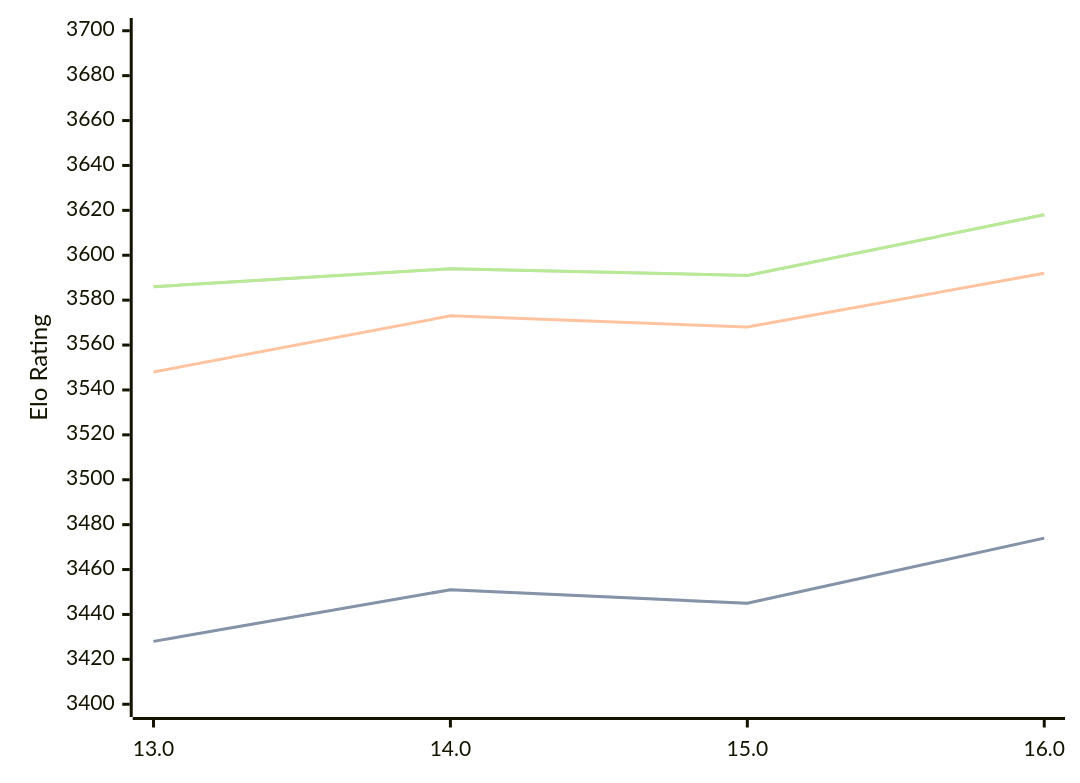
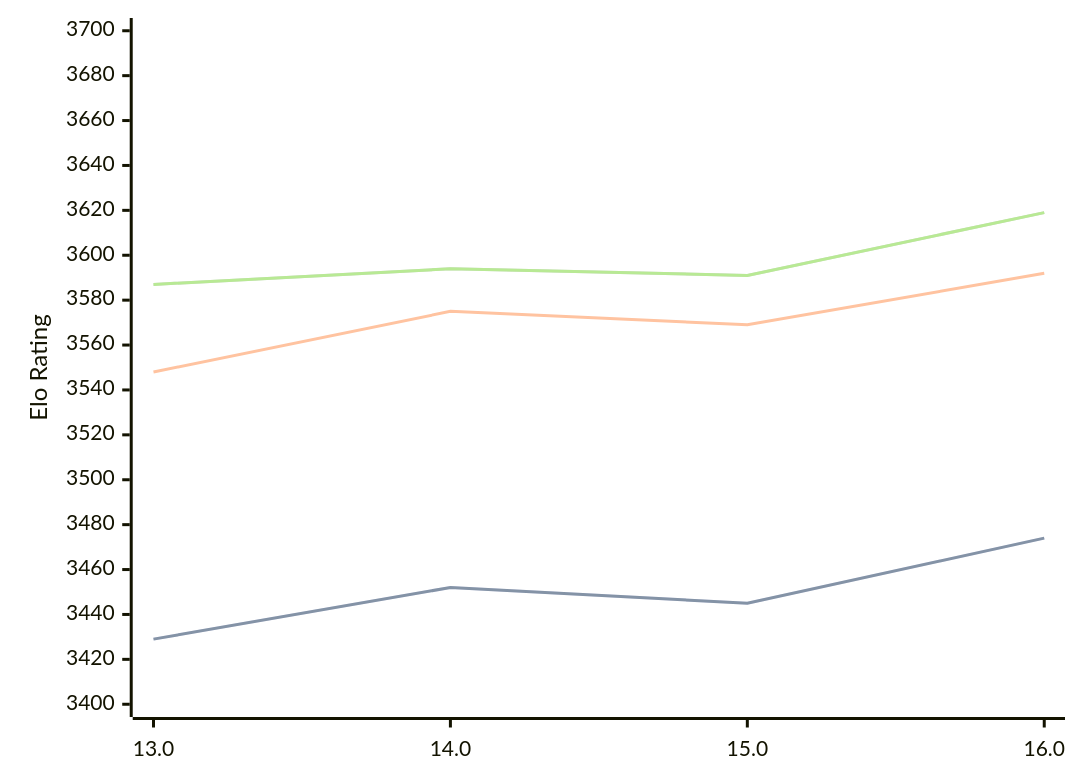
The diagram in engines/Obsidian.md (computer-chess-index/cci), drawn with Mermaid before and after one commit. The commit also changed other lines of this file, not shown here.

Commit message:
Update CCI Ratings (ELO VLTC) - 2026-04-25

````diff
--- a/engines/Obsidian.md
+++ b/engines/Obsidian.md
@@ -43,11 +43,11 @@
 ```mermaid
 %%{init: {"theme":"base","themeVariables":{"seriesColors:['#a3a3a3','#222221','#faa371']}}}%%
 xychart-beta
   x-axis ["13.0", "14.0", "15.0", "16.0"]
   y-axis "Elo Rating" 3400 --> 3700
-  line "STC (8.0+0.08s)" [3428, 3451, 3445, 3474]
-  line "STC (8.0+0.08s)" [3428, 3451, 3445, 3474]
-  line "LTC (60.0+0.60s)" [3548, 3573, 3568, 3592]
-  line "VLTC (2m24s+1.12s)" [3586, 3594, 3591, 3618]
-  line "VLTC (2m24s+1.12s)" [3586, 3594, 3591, 3618]
+  line "STC (8.0+0.08s)" [3429, 3452, 3445, 3474]
+  line "STC (8.0+0.08s)" [3429, 3452, 3445, 3474]
+  line "LTC (60.0+0.60s)" [3548, 3575, 3569, 3592]
+  line "VLTC (2m24s+1.12s)" [3587, 3594, 3591, 3619]
+  line "VLTC (2m24s+1.12s)" [3587, 3594, 3591, 3619]
 ```
````
